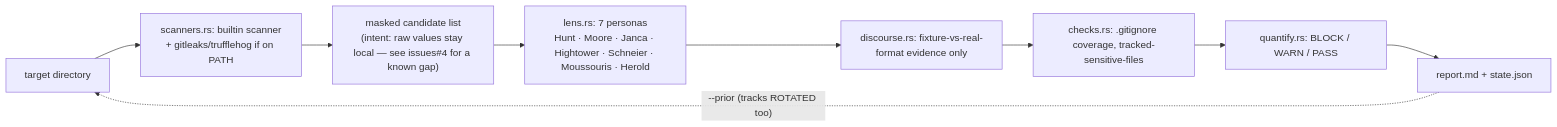
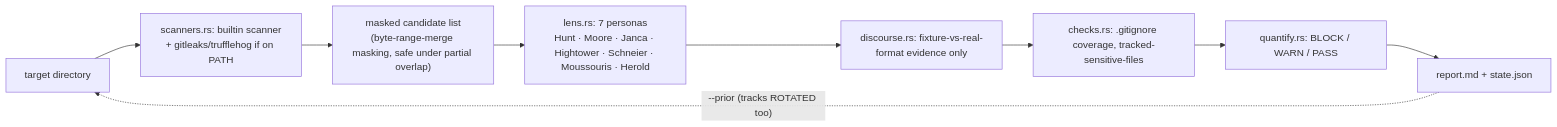
One commit to Loop-Suite/.github changed the tenth of 13 diagrams in profile/README.md. Above: the diagram before and after it, drawn with Mermaid. The commit also changed other lines of this file, not shown here.

````diff
--- a/profile/README.md
+++ b/profile/README.md
@@ -200,11 +200,11 @@
 ```mermaid
 flowchart LR
     A["target directory"] --> B["scanners.rs: builtin scanner<br/>+ gitleaks/trufflehog if on PATH"]
-    B --> C["masked candidate list<br/>(intent: raw values stay local — see issues#4 for a known gap)"]
+    B --> C["masked candidate list<br/>(byte-range-merge masking, safe under partial overlap)"]
     C --> D["lens.rs: 7 personas<br/>Hunt · Moore · Janca · Hightower · Schneier · Moussouris · Herold"]
     D --> E["discourse.rs: fixture-vs-real-format evidence only"]
     E --> F["checks.rs: .gitignore coverage, tracked-sensitive-files"]
     F --> G["quantify.rs: BLOCK / WARN / PASS"]
     G --> H["report.md + state.json"]
     H -.->|"--prior (tracks ROTATED too)"| A
 ```
````
